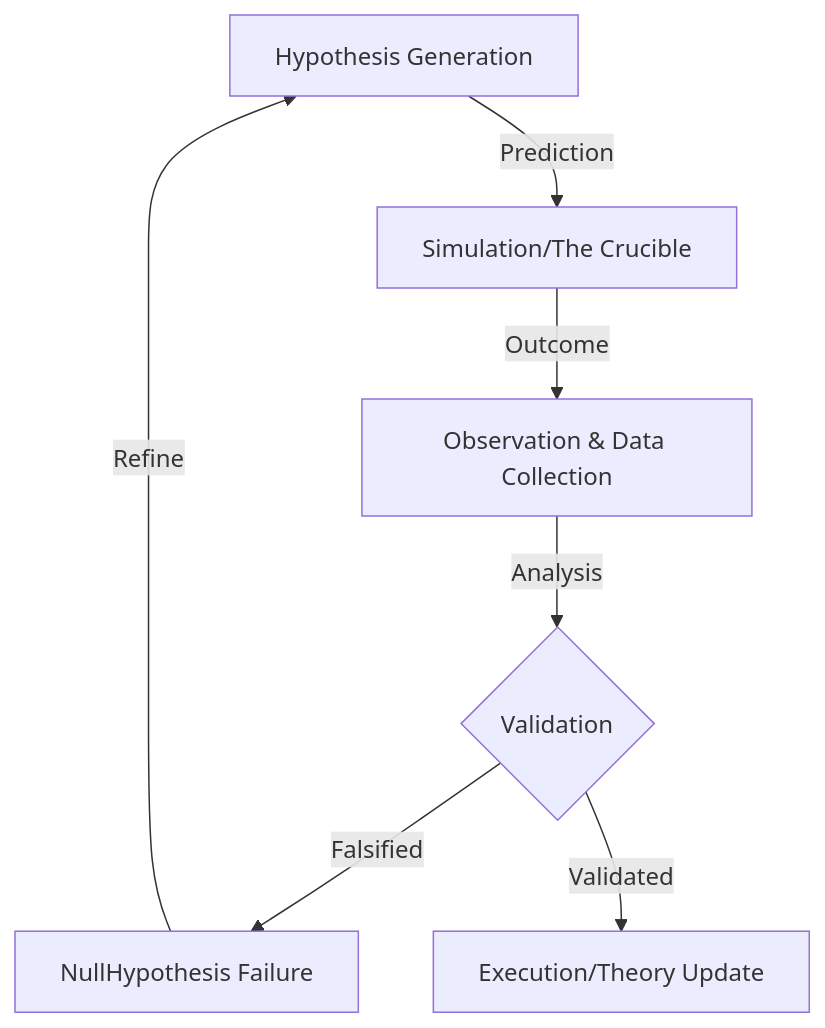
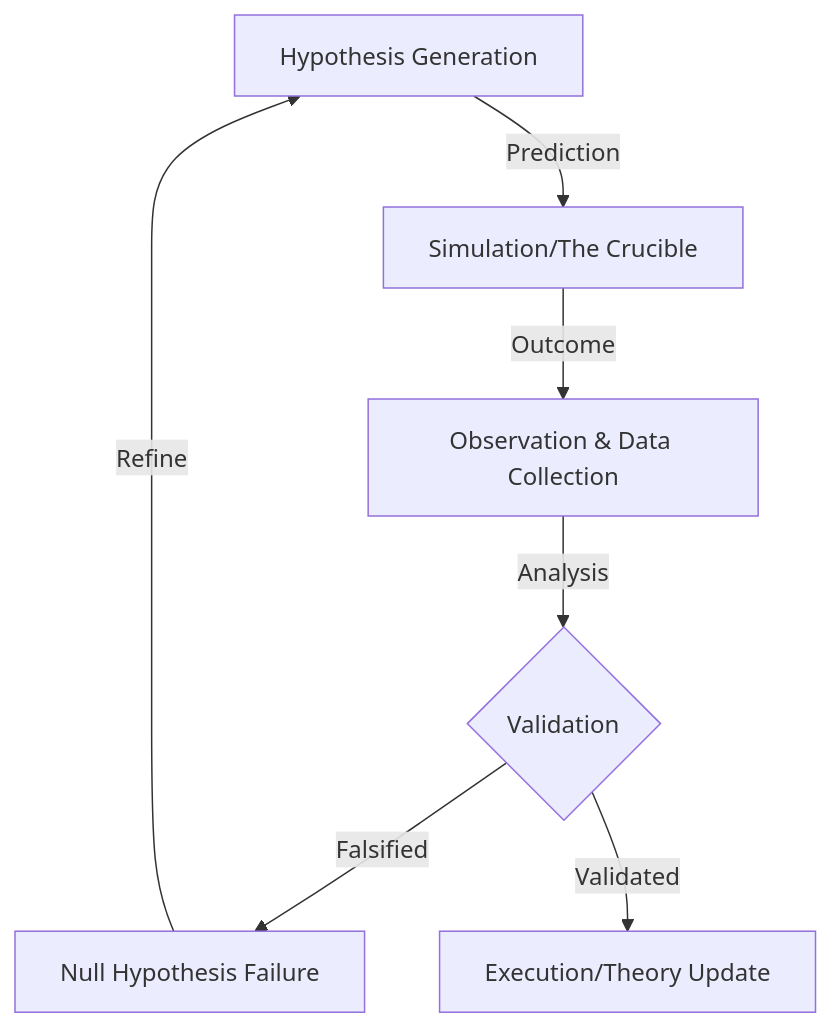
Before and after one commit to WADELABS/scientific-method-framework: the diagram in README.md, drawn with Mermaid. The commit also changed other lines of this file and 4 other files, not shown here.

````diff
--- a/README.md
+++ b/README.md
@@ -15,9 +18,9 @@
 ```mermaid
 graph TD
     H[Hypothesis Generation] -->|Prediction| S[Simulation/The Crucible]
     S -->|Outcome| O[Observation & Data Collection]
     O -->|Analysis| V{Validation}
-    V -->|Falsified| F[NullHypothesis Failure]
+    V -->|Falsified| F[Null Hypothesis Failure]
     V -->|Validated| P[Execution/Theory Update]
     F -->|Refine| H
 ```
````
